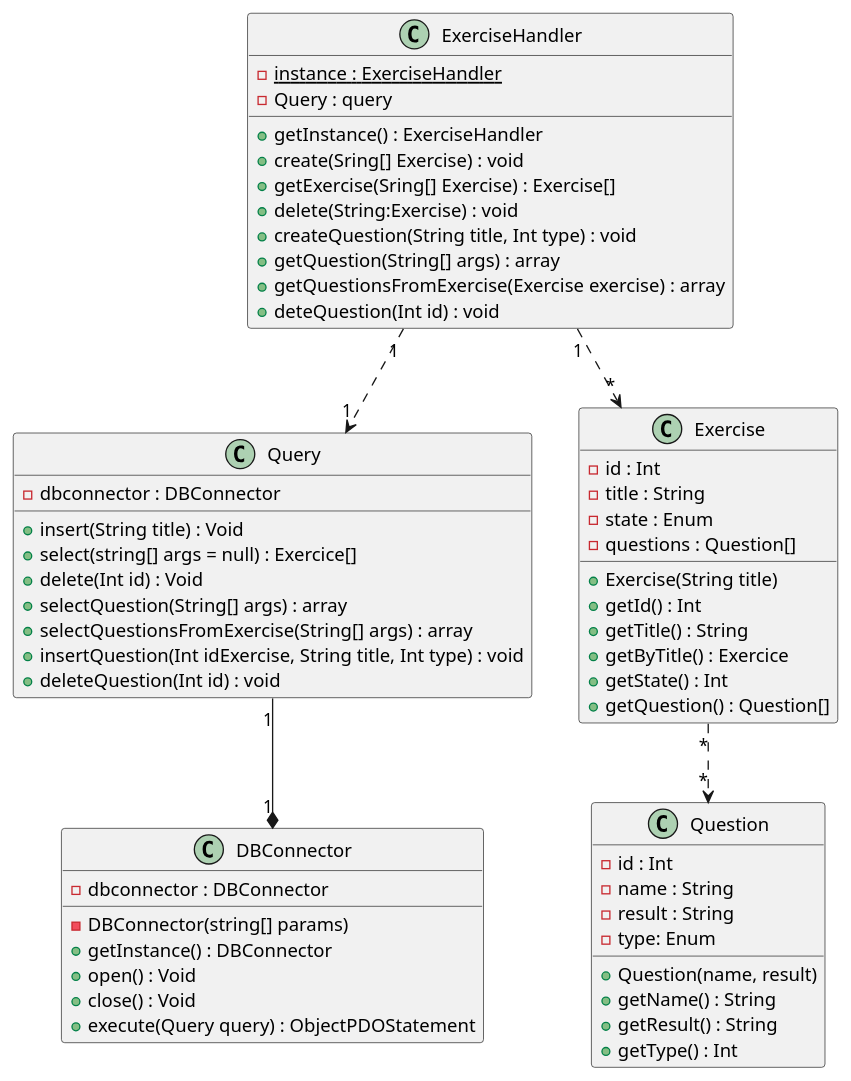
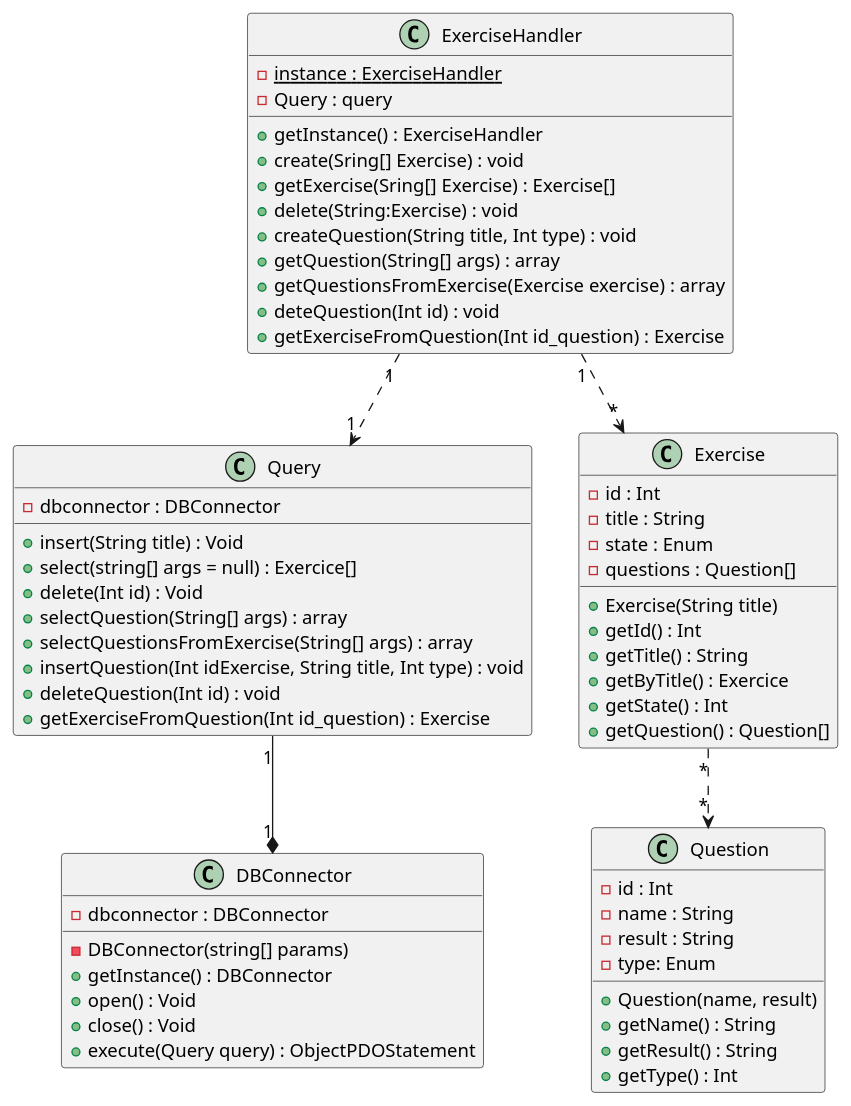
One commit to CPNV-ES/MAW1.1-JLR-JBD changed the diagram in Documentation/ClassDiagram.pu. Above: the diagram before and after it, drawn with PlantUML. The commit also changed 4 other files, not shown here.

```diff
--- a/Documentation/ClassDiagram.pu
+++ b/Documentation/ClassDiagram.pu
@@ -1,59 +1,61 @@
 @startuml
 class ExerciseHandler{
     {static} -instance : ExerciseHandler 
     -Query : query
     +getInstance() : ExerciseHandler
     +create(Sring[] Exercise) : void 
     +getExercise(Sring[] Exercise) : Exercise[]
     +delete(String:Exercise) : void
     +createQuestion(String title, Int type) : void
     +getQuestion(String[] args) : array
     +getQuestionsFromExercise(Exercise exercise) : array
     +deteQuestion(Int id) : void 
+    +getExerciseFromQuestion(Int id_question) : Exercise
 }
 class Query{
     -dbconnector : DBConnector
     +insert(String title) : Void
     +select(string[] args = null) : Exercice[]
     +delete(Int id) : Void
     +selectQuestion(String[] args) : array
     +selectQuestionsFromExercise(String[] args) : array
     +insertQuestion(Int idExercise, String title, Int type) : void
     +deleteQuestion(Int id) : void
+    +getExerciseFromQuestion(Int id_question) : Exercise
 }
 class Exercise{
     -id : Int
     -title : String
     -state : Enum
     -questions : Question[]
     +Exercise(String title) 
     +getId() : Int
     +getTitle() : String
     +getByTitle() : Exercice
     +getState() : Int 
     +getQuestion() : Question[]
 }
 class DBConnector {
     -dbconnector : DBConnector
     -DBConnector(string[] params)
     +getInstance() : DBConnector
     +open() : Void
     +close() : Void
     +execute(Query query) : ObjectPDOStatement
 }
 class Question{
     -id : Int
     -name : String
     -result : String
     -type: Enum
     +Question(name, result)
     +getName() : String
     +getResult() : String
     +getType() : Int
 }
 
 ExerciseHandler "1" ..> "1" Query 
 Query "1" --* "1" DBConnector 
 ExerciseHandler "1" ..> "*" Exercise 
 Exercise "*" ..> "*" Question 
 @enduml
```
